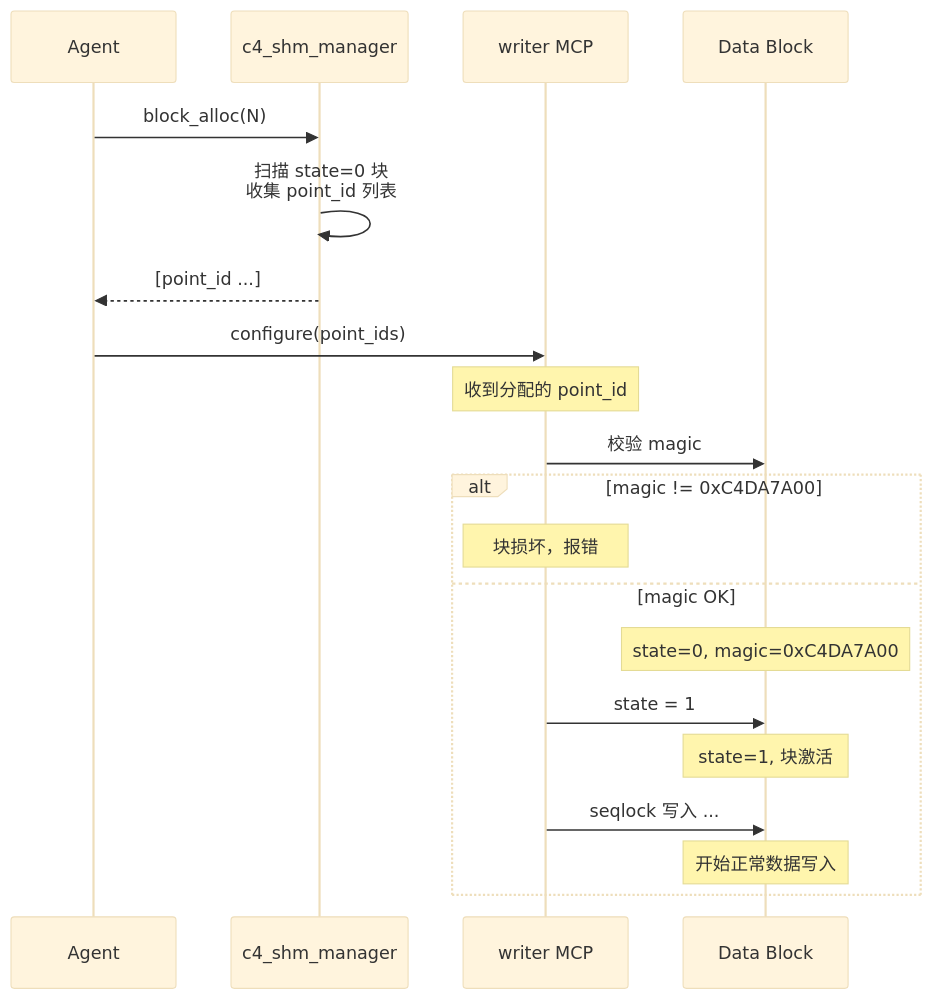
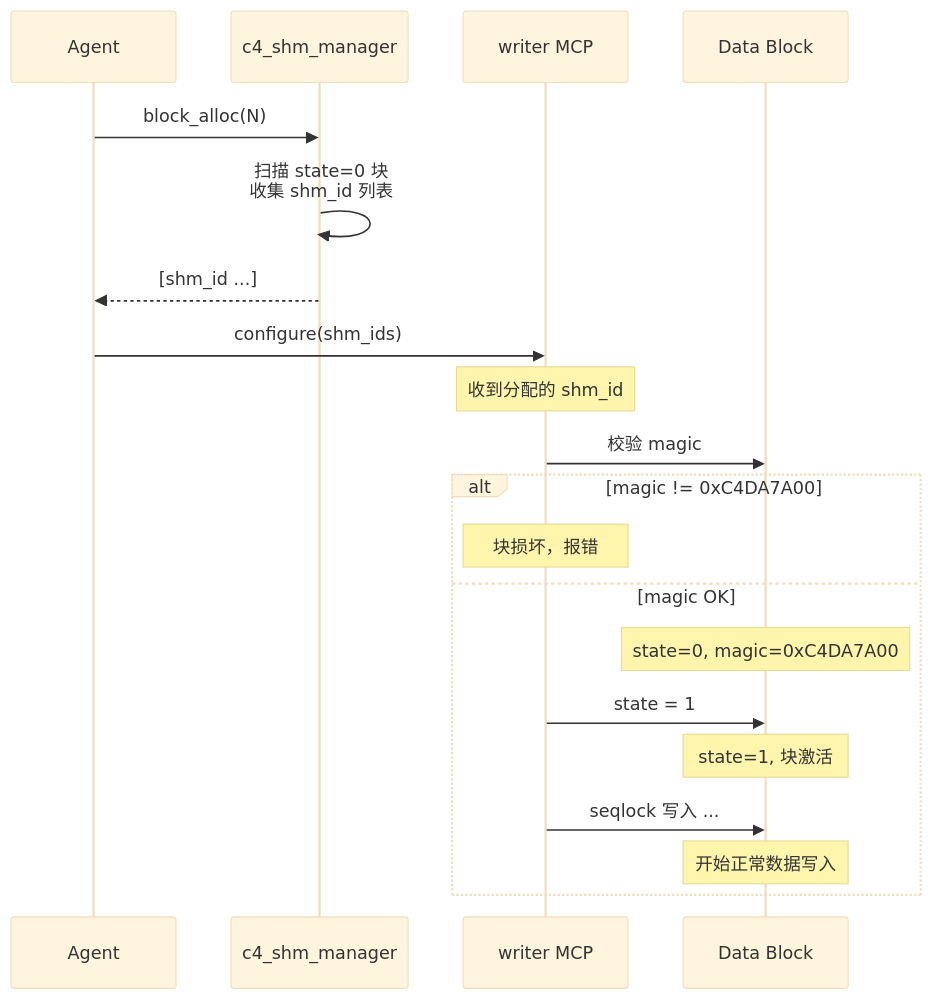
One commit to activesys/c4 changed the eighth of 16 diagrams in docs/design/c4_architecture.md. Above: the diagram before and after it, drawn with Mermaid (base theme). The commit also changed other lines of this file and 2 other files, not shown here.

````diff
--- a/docs/design/c4_architecture.md
+++ b/docs/design/c4_architecture.md
@@ -690,25 +690,25 @@
 ```mermaid
 sequenceDiagram
     participant A as Agent
     participant S as c4_shm_manager
     participant W as writer MCP
     participant B as Data Block
 
     A->>S: block_alloc(N)
-    S->>S: 扫描 state=0 块<br/>收集 point_id 列表
-    S-->>A: [point_id ...]
+    S->>S: 扫描 state=0 块<br/>收集 shm_id 列表
+    S-->>A: [shm_id ...]
 
-    A->>W: configure(point_ids)
-    Note over W: 收到分配的 point_id
+    A->>W: configure(shm_ids)
+    Note over W: 收到分配的 shm_id
 
     W->>B: 校验 magic
     alt magic != 0xC4DA7A00
         Note over W: 块损坏，报错
     else magic OK
         Note over B: state=0, magic=0xC4DA7A00
         W->>B: state = 1
         Note over B: state=1, 块激活
         W->>B: seqlock 写入 ...
         Note over B: 开始正常数据写入
     end
 ```
````
